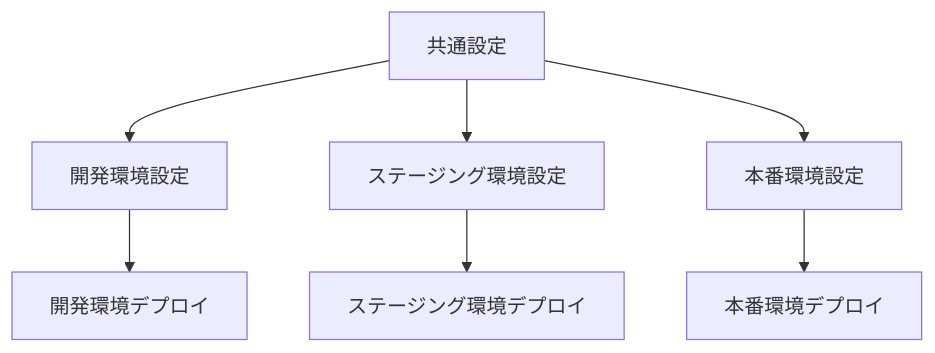
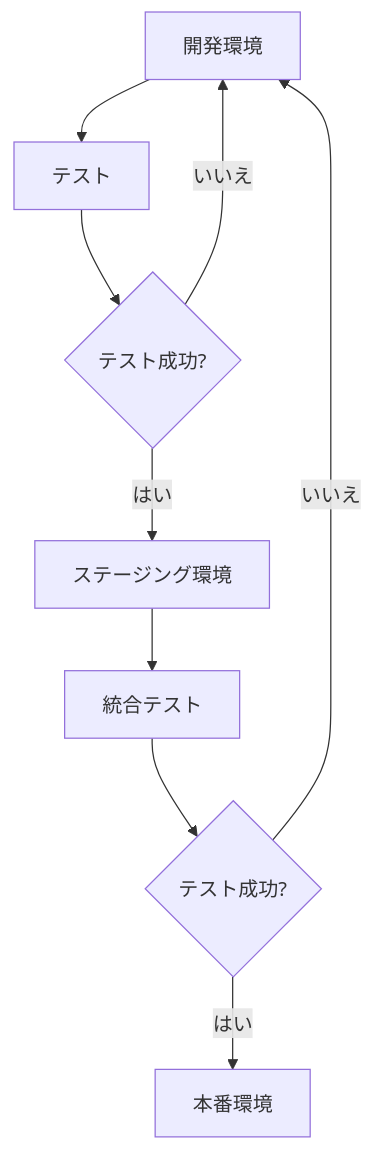
The diagram in ecspresso/practical/multi-env.md (bufferings/devin-docs), drawn with Mermaid before and after one commit. The commit also changed other lines of this file and 16 other files, not shown here.

````diff
--- a/ecspresso/practical/multi-env.md
+++ b/ecspresso/practical/multi-env.md
@@ -148,9 +134,11 @@
 ```mermaid
 graph TD
-    A[共通設定] --> B[開発環境設定]
-    A --> C[ステージング環境設定]
-    A --> D[本番環境設定]
-    B --> E[開発環境デプロイ]
-    C --> F[ステージング環境デプロイ]
-    D --> G[本番環境デプロイ]
+    A[開発環境] --> B[テスト]
+    B --> C{テスト成功?}
+    C -->|はい| D[ステージング環境]
+    C -->|いいえ| A
+    D --> E[統合テスト]
+    E --> F{テスト成功?}
+    F -->|はい| G[本番環境]
+    F -->|いいえ| A
 ```
````
